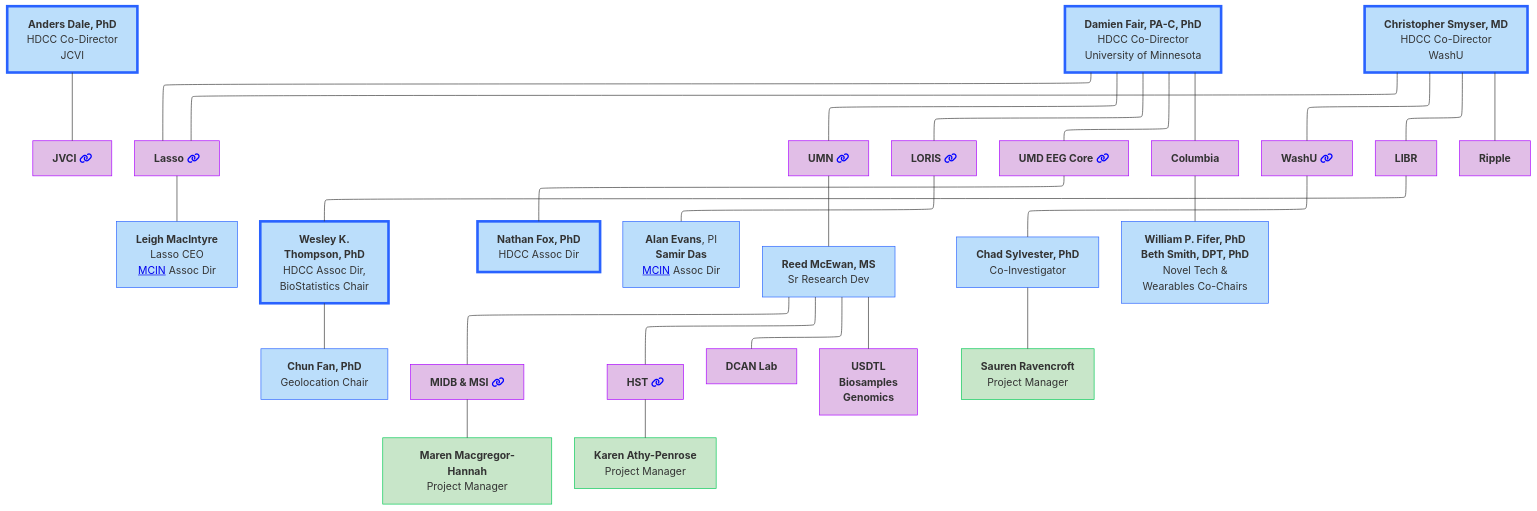
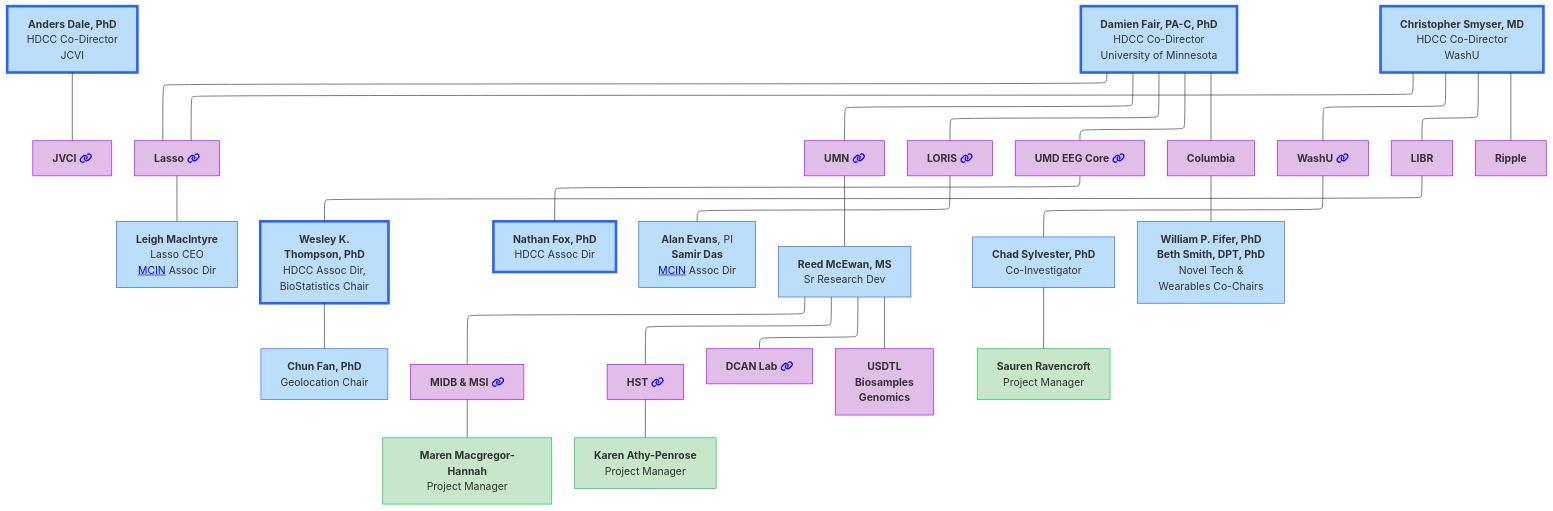
One commit to DCAN-Labs/hbcd-docs-internal changed the first of 11 diagrams in docs/orgcharts.md. Above: the diagram before and after it, drawn with Mermaid. The commit also changed other lines of this file, not shown here.

````diff
--- a/docs/orgcharts.md
+++ b/docs/orgcharts.md
@@ -12,58 +12,59 @@
 ```mermaid
 ---
 config:
   layout: elk
 ---
 flowchart TB
     n2["<b>Anders Dale, PhD<br></b>HDCC Co-Director<br>JCVI"] --- jvci["<b>JVCI</b> <i class="fa-solid fa-link" style="color: blue;"></i>"]
     E["<b>Damien Fair, PA-C, PhD</b><br>HDCC Co-Director<br>University of Minnesota"] --- lasso["<b>Lasso</b> <i class="fa-solid fa-link" style="color: blue;"></i>"] & umn["<b>UMN</b> <i class="fa-solid fa-link" style="color: blue;"></i>"] & n7["<b>LORIS</b> <i class="fa-solid fa-link" style="color: blue;"></i>"] & n8["<b>UMD EEG Core</b> <i class="fa-solid fa-link" style="color: blue;"></i>"] & n11["<b>Columbia</b>"]
     lasso --- lasso1["<b>Leigh MacIntyre</b><br>Lasso CEO<br><a href="https://mcin.ca/about-mcin/" target="_blank">MCIN</a> Assoc Dir"]
     n1["<b>Christopher Smyser, MD<br></b>HDCC Co-Director<br>WashU"] --- n10["<b>WashU</b> <i class="fa-solid fa-link" style="color: blue;"></i>"] & n12["<b>LIBR</b>"] & lasso
     n16["<b>Wesley K.<br>Thompson, PhD</b><br>HDCC Assoc Dir,<br>BioStatistics Chair"] --- n17["<b>Chun Fan, PhD</b><br>Geolocation Chair"]
     n12 --- n16
     n8 --- n19["<b>Nathan Fox, PhD<br></b>HDCC Assoc Dir"]
     n7 --- n20["<b>Alan Evans</b>, PI<br><b>Samir Das</b><br><a href="https://mcin.ca/about-mcin/" target="_blank">MCIN</a> Assoc Dir"]
     umn --- reed["<b>Reed McEwan, MS</b><br>Sr Research Dev"]
     n10 --- n22["<b>Chad Sylvester, PhD</b><br>Co-Investigator"]
     n11 --- n18["<b>William P. Fifer, PhD</b><br><b>Beth Smith, DPT, PhD</b><br>Novel Tech &<br>Wearables Co-Chairs"]
-    reed --- n25["<b>MIDB &amp; MSI</b> <i class="fa-solid fa-link" style="color: blue;"></i>"] & n27["<b>HST</b> <i class="fa-solid fa-link" style="color: blue;"></i>"] & n28["<b>DCAN Lab</b>"] & n29["<b>USDTL<br>Biosamples<br>Genomics</b>"]
+    reed --- n25["<b>MIDB &amp; MSI</b> <i class="fa-solid fa-link" style="color: blue;"></i>"] & n27["<b>HST</b> <i class="fa-solid fa-link" style="color: blue;"></i>"] & n28["<b>DCAN Lab</b> <i class="fa-solid fa-link" style="color: blue;"></i>"] & n29["<b>USDTL<br>Biosamples<br>Genomics</b>"]
     n25 --- n30["<b>Maren Macgregor-Hannah</b><br>Project Manager"]
     n27 --- n31["<b>Karen Athy-Penrose</b><br>Project Manager"]
     n22 --- n32["<b>Sauren Ravencroft</b><br>Project Manager"]
     n1 --- n24["<b>Ripple</b>"]
     style n2 fill:#BBDEFB,stroke:#2962FF,stroke-width:4px
     style jvci fill:#E1BEE7,stroke:#AA00FF
     style E fill:#BBDEFB,stroke:#2962FF,stroke-width:4px
     style lasso fill:#E1BEE7,stroke:#AA00FF
     style umn fill:#E1BEE7,stroke:#AA00FF
     style n7 fill:#E1BEE7,stroke:#AA00FF
     style n8 fill:#E1BEE7,stroke:#AA00FF
     style n11 fill:#E1BEE7,stroke:#AA00FF
     style lasso1 fill:#BBDEFB,stroke:#2962FF
     style n1 fill:#BBDEFB,stroke:#2962FF,stroke-width:4px
     style n10 fill:#E1BEE7,stroke:#AA00FF
     style n12 fill:#E1BEE7,stroke:#AA00FF
     style n16 fill:#BBDEFB,stroke:#2962FF,stroke-width:4px
     style n17 fill:#BBDEFB,stroke:#2962FF
     style n19 fill:#BBDEFB,stroke:#2962FF,stroke-width:4px
     style n20 fill:#BBDEFB,stroke:#2962FF
     style reed fill:#BBDEFB,stroke:#2962FF
     style n22 fill:#BBDEFB,stroke:#2962FF
     style n24 fill:#E1BEE7,stroke:#AA00FF
     style n18 fill:#BBDEFB,stroke:#2962FF
     style n25 fill:#E1BEE7,stroke:#AA00FF
     style n27 fill:#E1BEE7,stroke:#AA00FF
     style n28 fill:#E1BEE7,stroke:#AA00FF
     style n29 fill:#E1BEE7,stroke:#AA00FF
     style n30 fill:#C8E6C9,stroke:#00C853
     style n31 fill:#C8E6C9,stroke:#00C853
     style n32 fill:#C8E6C9,stroke:#00C853
     click jvci "#j-craig-venter-institute"
     click lasso "#lasso"
     click umn "#university-of-minnesota"
     click n7 "#loris"
     click n8 "#umd-eeg-core"
     click n10 "#washu"
     click n25 "#midb-informatics-hub-msi"
     click n27 "#health-sciences-technology"
+    click n87 "#dcan-lab"
 ```
````
